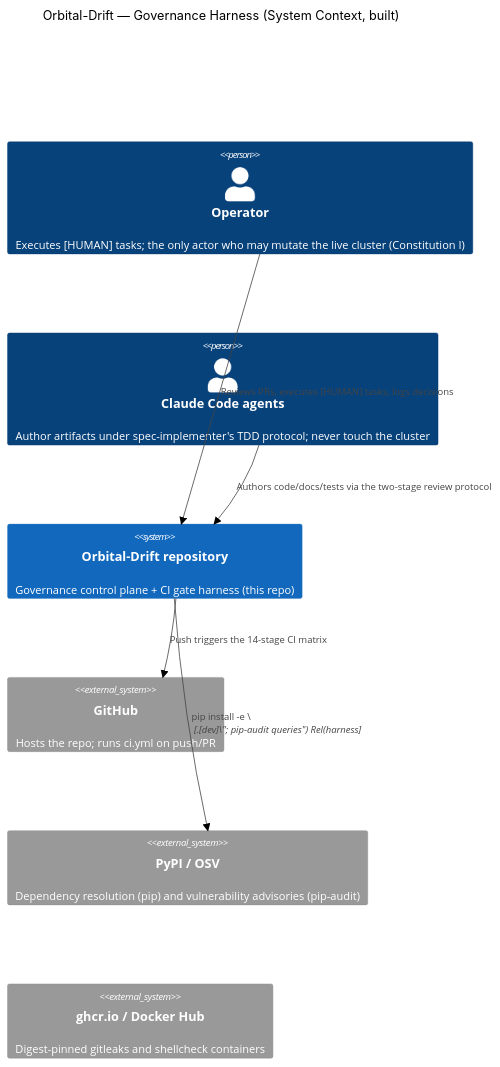
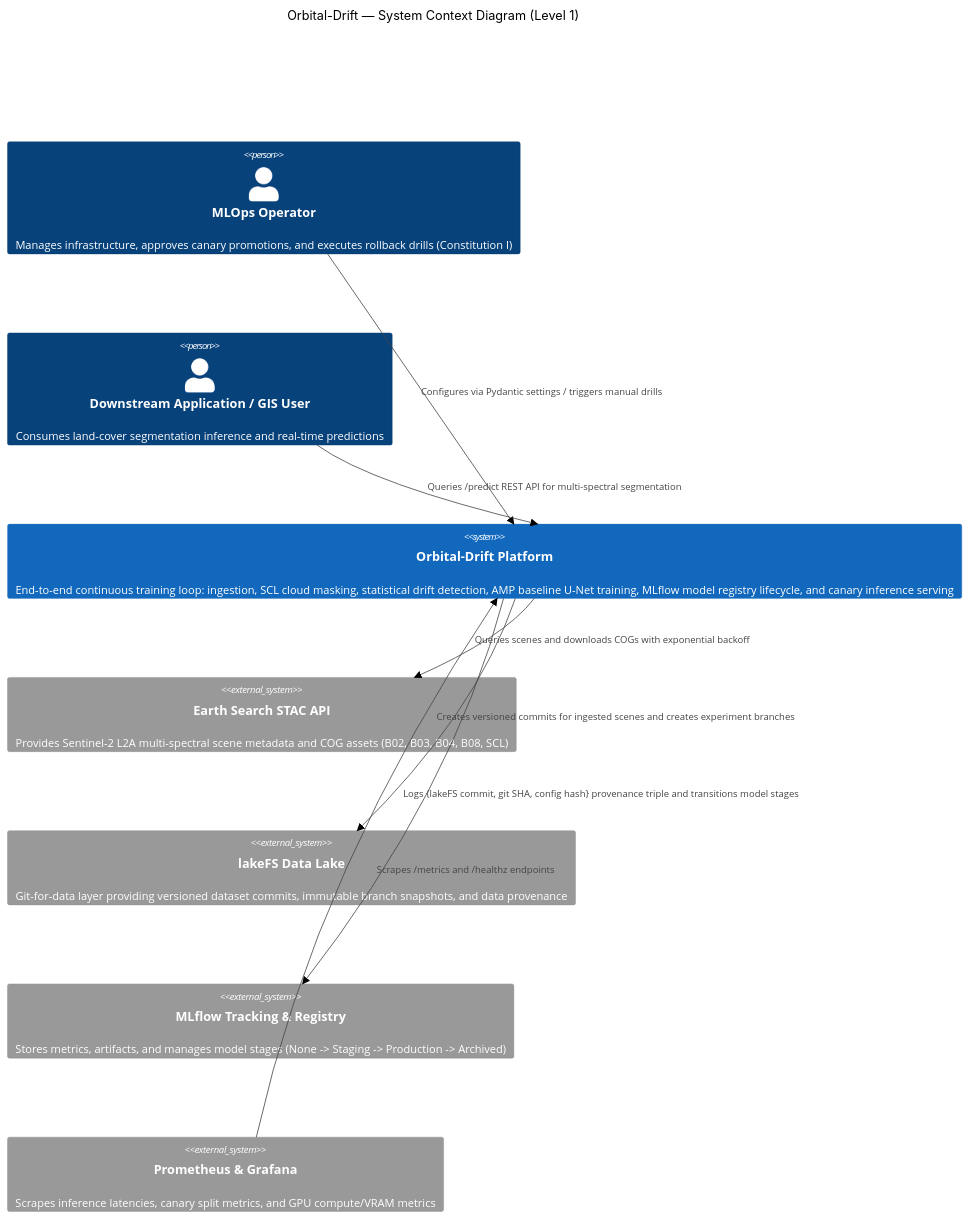
One commit to ianshank/Orbital-Drift changed the first of 4 diagrams in docs/architecture/ARCHITECTURE.md. Above: the diagram before and after it, drawn with Mermaid (forest theme). The commit also changed other lines of this file and 49 other files, not shown here.

First line of the commit message:
feat(pipeline): implement dual-gpu continuous training, canary serving, and multi-tier test suite

````diff
--- a/docs/architecture/ARCHITECTURE.md
+++ b/docs/architecture/ARCHITECTURE.md
@@ -20,19 +14,21 @@
 ```mermaid
 C4Context
-    title Orbital-Drift — Governance Harness (System Context, built)
+    title Orbital-Drift — System Context Diagram (Level 1)
 
-    Person(operator, "Operator", "Executes [HUMAN] tasks; the only actor who may mutate the live cluster (Constitution I)")
-    Person(agent, "Claude Code agents", "Author artifacts under spec-implementer's TDD protocol; never touch the cluster")
+    Person(operator, "MLOps Operator", "Manages infrastructure, approves canary promotions, and executes rollback drills (Constitution I)")
+    Person(consumer, "Downstream Application / GIS User", "Consumes land-cover segmentation inference and real-time predictions")
 
-    System(harness, "Orbital-Drift repository", "Governance control plane + CI gate harness (this repo)")
+    System(orbital_drift, "Orbital-Drift Platform", "End-to-end continuous training loop: ingestion, SCL cloud masking, statistical drift detection, AMP baseline U-Net training, MLflow model registry lifecycle, and canary inference serving")
 
-    System_Ext(github, "GitHub", "Hosts the repo; runs ci.yml on push/PR")
-    System_Ext(pypi, "PyPI / OSV", "Dependency resolution (pip) and vulnerability advisories (pip-audit)")
-    System_Ext(ghcr, "ghcr.io / Docker Hub", "Digest-pinned gitleaks and shellcheck containers")
+    System_Ext(stac_api, "Earth Search STAC API", "Provides Sentinel-2 L2A multi-spectral scene metadata and COG assets (B02, B03, B04, B08, SCL)")
+    System_Ext(lakefs, "lakeFS Data Lake", "Git-for-data layer providing versioned dataset commits, immutable branch snapshots, and data provenance")
+    System_Ext(mlflow, "MLflow Tracking & Registry", "Stores metrics, artifacts, and manages model stages (None -> Staging -> Production -> Archived)")
+    System_Ext(monitoring, "Prometheus & Grafana", "Scrapes inference latencies, canary split metrics, and GPU compute/VRAM metrics")
 
-    Rel(operator, harness, "Reviews PRs, executes [HUMAN] tasks, logs decisions")
-    Rel(agent, harness, "Authors code/docs/tests via the two-stage review protocol")
-    Rel(harness, github, "Push triggers the 14-stage CI matrix")
-    Rel(harness, pypi, "pip install -e \".[dev]\"; pip-audit queries")
-    Rel(harness, ghcr, "Pulls pinned gitleaks/shellcheck images")
+    Rel(operator, orbital_drift, "Configures via Pydantic settings / triggers manual drills")
+    Rel(consumer, orbital_drift, "Queries /predict REST API for multi-spectral segmentation")
+    Rel(orbital_drift, stac_api, "Queries scenes and downloads COGs with exponential backoff")
+    Rel(orbital_drift, lakefs, "Creates versioned commits for ingested scenes and creates experiment branches")
+    Rel(orbital_drift, mlflow, "Logs {lakeFS commit, git SHA, config hash} provenance triple and transitions model stages")
+    Rel(monitoring, orbital_drift, "Scrapes /metrics and /healthz endpoints")
 ```
````
